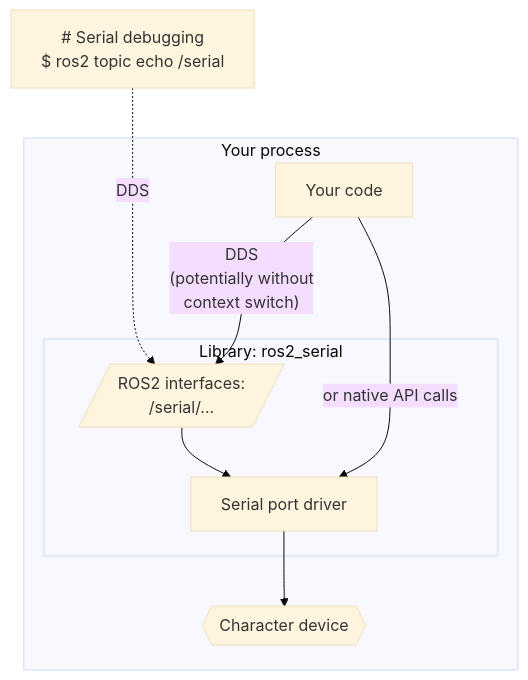
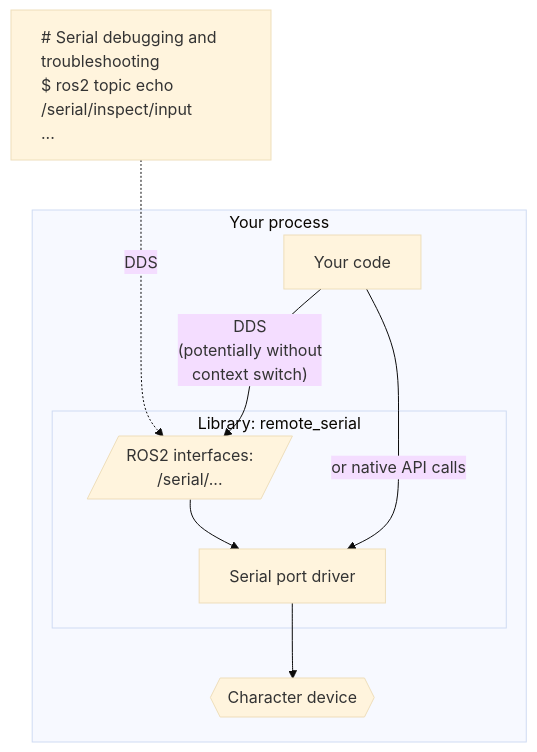
One commit to openvmp/serial changed the second of 3 diagrams in README.md. Above: the diagram before and after it, drawn with Mermaid (base theme). The commit also changed other lines of this file and 21 other files, not shown here.

````diff
--- a/README.md
+++ b/README.md
@@ -62,12 +105,12 @@
 ```mermaid
 flowchart TB
-    cli_serial["# Serial debugging\n$ ros2 topic echo /serial"] -. "DDS" ..-> topic_serial[/ROS2 interfaces:\n/serial/.../]
+    cli_serial["<p style='text-align:left'># Serial debugging and troubleshooting\n$ ros2 topic echo /serial/inspect/input\n...</p>"] -. "DDS" ..-> topic_serial[/ROS2 interfaces:\n/serial/.../]
     subgraph modbus_exe["Your process"]
-      subgraph serial["Library: ros2_serial"]
+      subgraph serial["Library: remote_serial"]
         topic_serial --> driver["Serial port driver"]
       end
       code["Your code"] -- "DDS\n(potentially without\ncontext switch)" --> topic_serial
       code -- "or native API calls" ---> driver
       driver --> file{{"Character device"}}
     end
 ```
````
